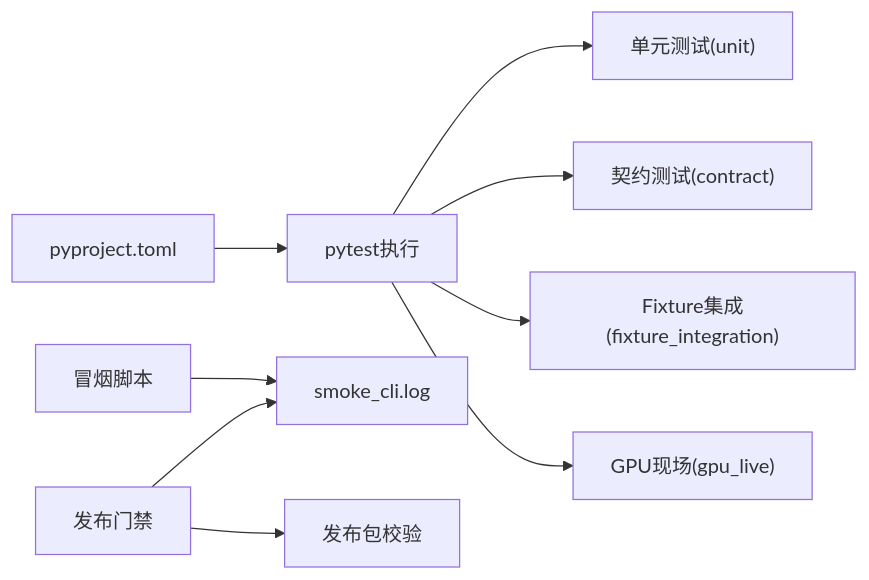
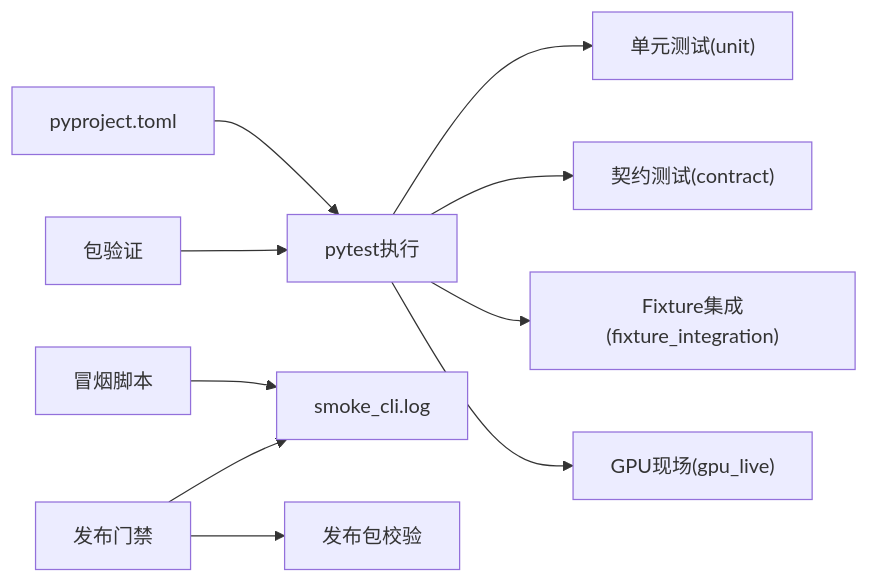
The ninth of 9 diagrams in .qoder/repowiki/zh/content/开发指南/测试策略/测试策略.md (haolange/RDC-Tool), drawn with Mermaid before and after one commit. The commit also changed other lines of this file and 80 other files, not shown here.

````diff
--- a/.qoder/repowiki/zh/content/开发指南/测试策略/测试策略.md
+++ b/.qoder/repowiki/zh/content/开发指南/测试策略/测试策略.md
@@ -268,11 +313,12 @@
 ```mermaid
 graph LR
 P["pyproject.toml"] --> T["pytest执行"]
 T --> U["单元测试(unit)"]
 T --> C["契约测试(contract)"]
 T --> F["Fixture集成(fixture_integration)"]
 T --> G["GPU现场(gpu_live)"]
 S["冒烟脚本"] --> L["smoke_cli.log"]
 R["发布门禁"] --> L
 R --> V["发布包校验"]
+B["包验证"] --> T
 ```
````
